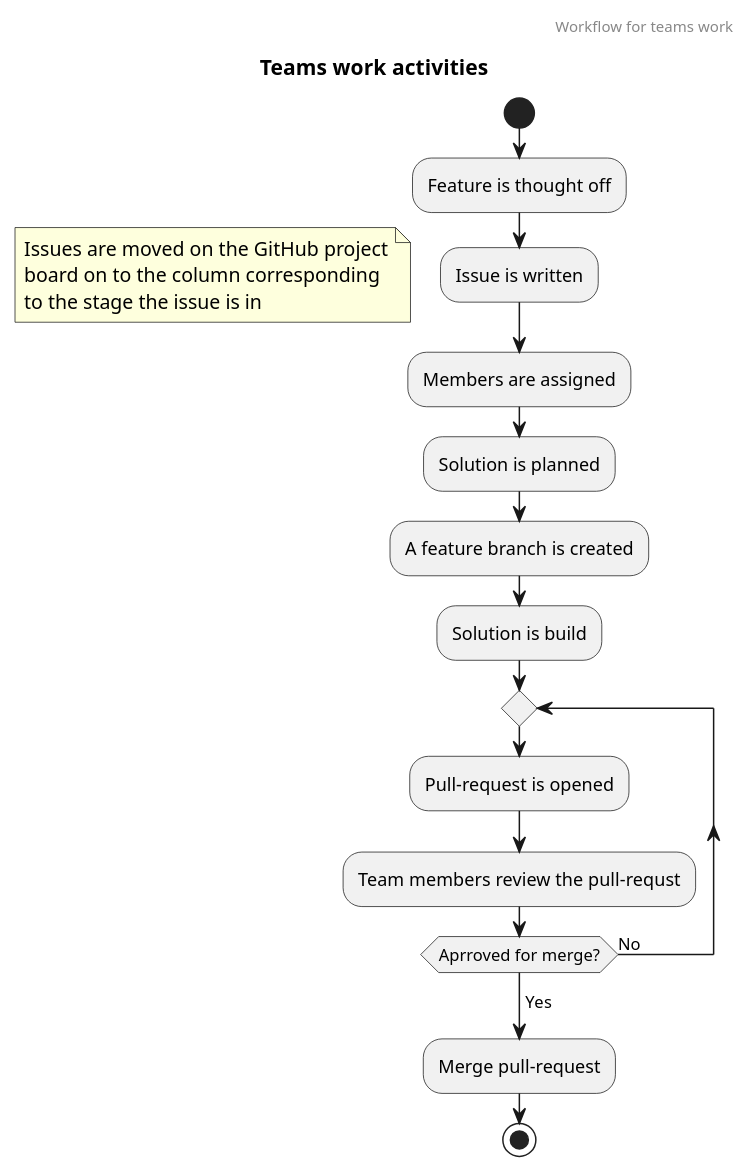
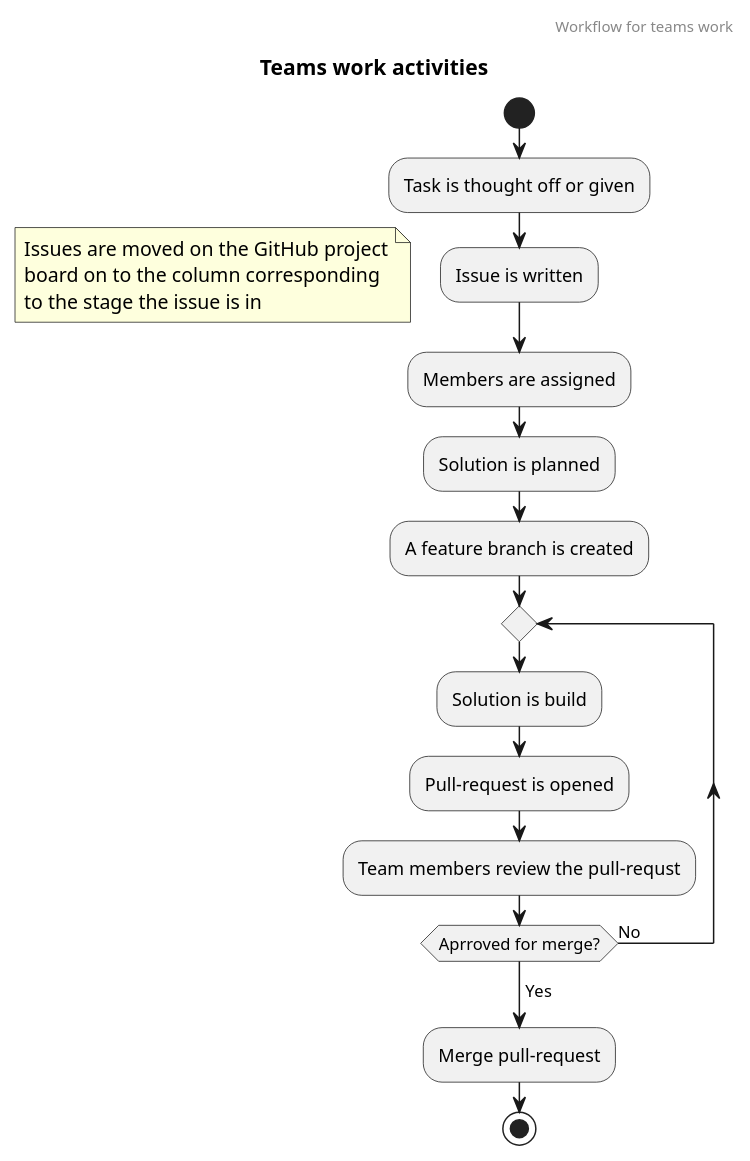
The diagram in Docs/report_diagrams/UML_activity_diagrams/Team_workflow.puml (ITU-BDSA23-GROUP10/Chirp), drawn with PlantUML before and after one commit.

Commit message:
Make correction to team workflow diagram

```diff
--- a/Docs/report_diagrams/UML_activity_diagrams/Team_workflow.puml
+++ b/Docs/report_diagrams/UML_activity_diagrams/Team_workflow.puml
@@ -1,19 +1,19 @@
 @startuml team_workflow
 header Workflow for teams work
 title Teams work activities 
 start
-:Feature is thought off;
+:Task is thought off or given;
 :Issue is written;
 floating note left: Issues are moved on the GitHub project\nboard on to the column corresponding\nto the stage the issue is in
 :Members are assigned;
 :Solution is planned;
 :A feature branch is created; 
-:Solution is build;
 repeat
+    :Solution is build;
     :Pull-request is opened;
     :Team members review the pull-requst;
 repeat while (Aprroved for merge?) is (No)
 ->Yes;
 :Merge pull-request;
 stop
 @enduml
```
